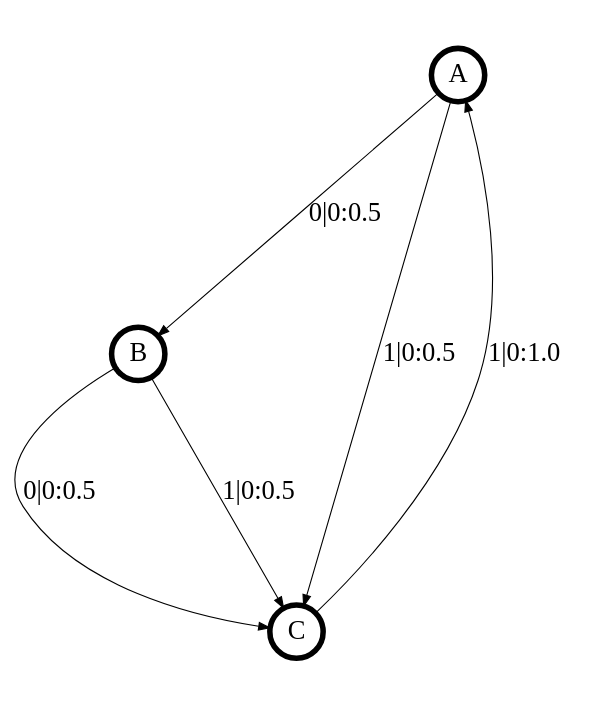
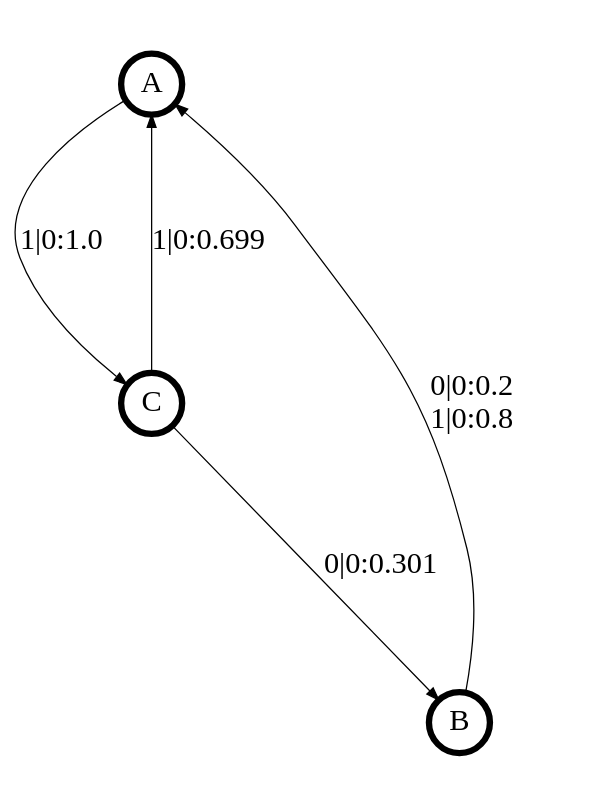
The diagram in transCSSR_results/+RIP.dot (ddarmon/transCSSR), drawn with Graphviz before and after one commit. The commit also changed 12 other files, not shown here.

```diff
--- a/transCSSR_results/+RIP.dot
+++ b/transCSSR_results/+RIP.dot
@@ -1,17 +1,16 @@
 digraph  {
 size = "6,8.5";
 ratio = "fill";
 node
 [shape = circle];
 node [fontsize = 24];
 node [penwidth = 5];
 edge [fontsize = 24];
 node [fontname = "CMU Serif Roman"];
 graph [fontname = "CMU Serif Roman"];
 edge [fontname = "CMU Serif Roman"];
-A -> B [label = "0|0:0.5\l"];
-A -> C [label = "1|0:0.5\l"];
-B -> C [label = "0|0:0.5\l"];
-B -> C [label = "1|0:0.5\l"];
-C -> A [label = "1|0:1.0\l"];
+A -> C [label = "1|0:1.0\l"];
+B -> A [label = "0|0:0.2\l1|0:0.8\l"];
+C -> A [label = "1|0:0.699\l"];
+C -> B [label = "0|0:0.301\l"];
 }
```
